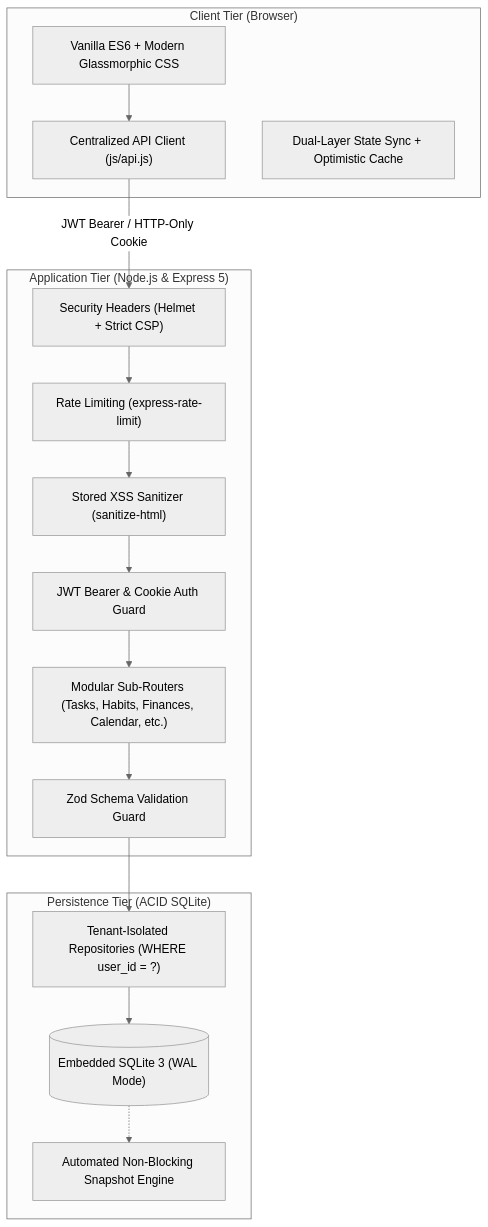
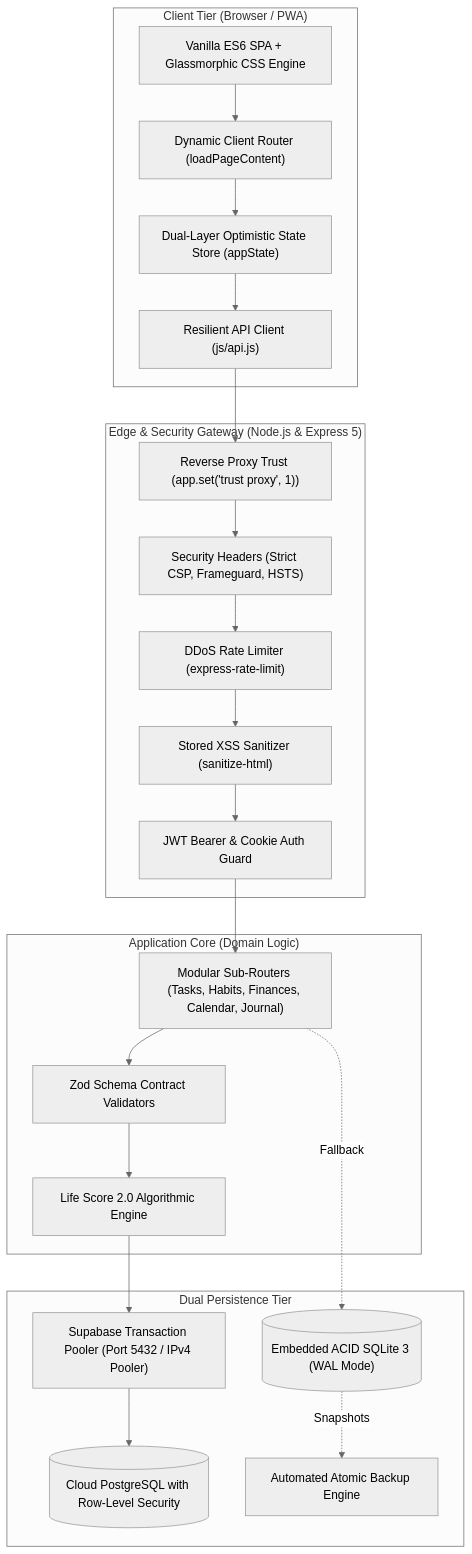
The diagram in README.md (farzzz-ux/LIFE-OS), drawn with Mermaid (neutral theme) before and after one commit. The commit also changed other lines of this file and 20 other files, not shown here.

````diff
--- a/README.md
+++ b/README.md
@@ -114,34 +127,46 @@
 ```mermaid
 graph TD
-    subgraph Client ["Client Tier (Browser)"]
-        UI["Vanilla ES6 + Modern Glassmorphic CSS"]
-        APIClient["Centralized API Client (js/api.js)"]
-        State["Dual-Layer State Sync + Optimistic Cache"]
+    subgraph Client ["Client Tier (Browser / PWA)"]
+        UI["Vanilla ES6 SPA + Glassmorphic CSS Engine"]
+        Router["Dynamic Client Router (loadPageContent)"]
+        State["Dual-Layer Optimistic State Store (appState)"]
+        APIClient["Resilient API Client (js/api.js)"]
     end
 
-    subgraph Server ["Application Tier (Node.js & Express 5)"]
-        Helmet["Security Headers (Helmet + Strict CSP)"]
-        Limiter["Rate Limiting (express-rate-limit)"]
+    subgraph Gateway ["Edge & Security Gateway (Node.js & Express 5)"]
+        Proxy["Reverse Proxy Trust (app.set('trust proxy', 1))"]
+        Helmet["Security Headers (Strict CSP, Frameguard, HSTS)"]
+        Limiter["DDoS Rate Limiter (express-rate-limit)"]
         Sanitize["Stored XSS Sanitizer (sanitize-html)"]
         AuthMiddleware["JWT Bearer & Cookie Auth Guard"]
-        Router["Modular Sub-Routers (Tasks, Habits, Finances, Calendar, etc.)"]
-        Validator["Zod Schema Validation Guard"]
     end
 
-    subgraph Data ["Persistence Tier (ACID SQLite)"]
-        DAO["Tenant-Isolated Repositories (WHERE user_id = ?)"]
-        DB[("Embedded SQLite 3 (WAL Mode)")]
-        Backups["Automated Non-Blocking Snapshot Engine"]
+    subgraph Service ["Application Core (Domain Logic)"]
+        Controllers["Modular Sub-Routers (Tasks, Habits, Finances, Calendar, Journal)"]
+        Validation["Zod Schema Contract Validators"]
+        LifeScoreEngine["Life Score 2.0 Algorithmic Engine"]
     end
 
-    UI --> APIClient
-    APIClient -->|JWT Bearer / HTTP-Only Cookie| Helmet
+    subgraph Storage ["Dual Persistence Tier"]
+        Pooler["Supabase Transaction Pooler (Port 5432 / IPv4 Pooler)"]
+        Postgres[("Cloud PostgreSQL with Row-Level Security")]
+        SQLite[("Embedded ACID SQLite 3 (WAL Mode)")]
+        Backups["Automated Atomic Backup Engine"]
+    end
+
+    UI --> Router
+    Router --> State
+    State --> APIClient
+    APIClient --> Proxy
+    Proxy --> Helmet
     Helmet --> Limiter
     Limiter --> Sanitize
     Sanitize --> AuthMiddleware
-    AuthMiddleware --> Router
-    Router --> Validator
-    Validator --> DAO
-    DAO --> DB
-    DB -.-> Backups
+    AuthMiddleware --> Controllers
+    Controllers --> Validation
+    Validation --> LifeScoreEngine
+    LifeScoreEngine --> Pooler
+    Pooler --> Postgres
+    Controllers -. Fallback .-> SQLite
+    SQLite -. Snapshots .-> Backups
 ```
````
